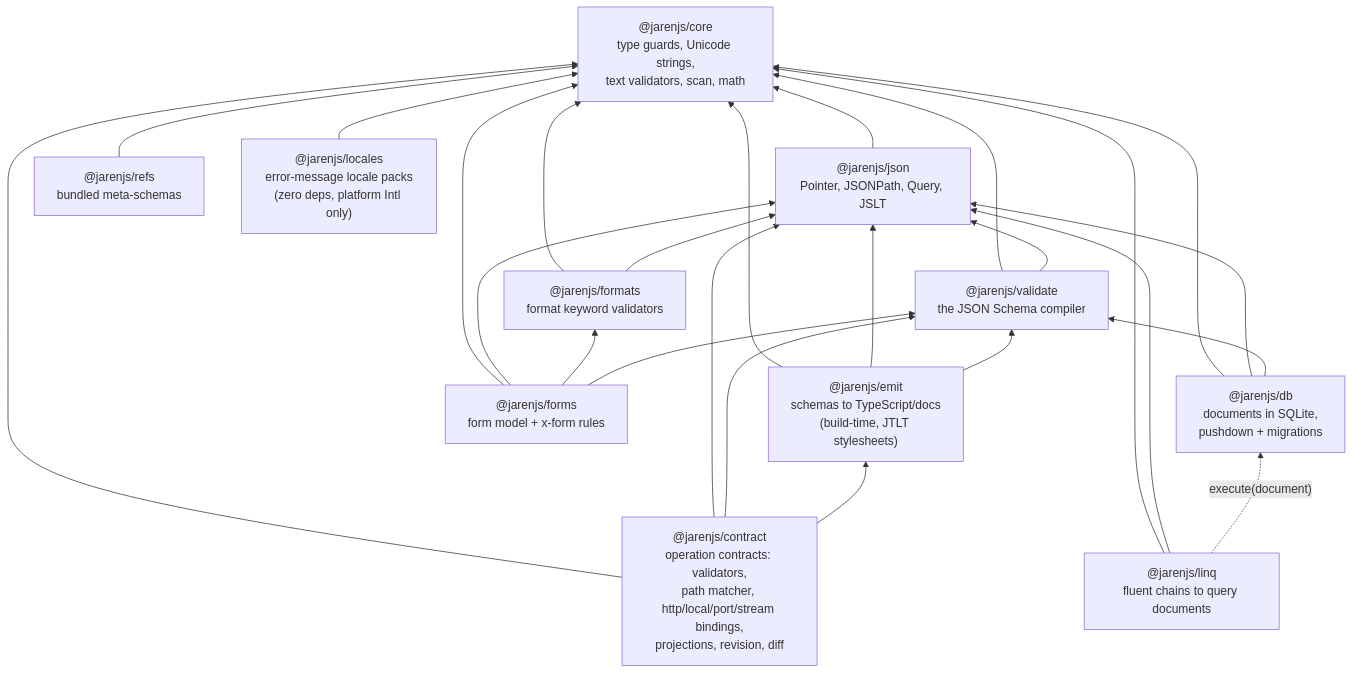
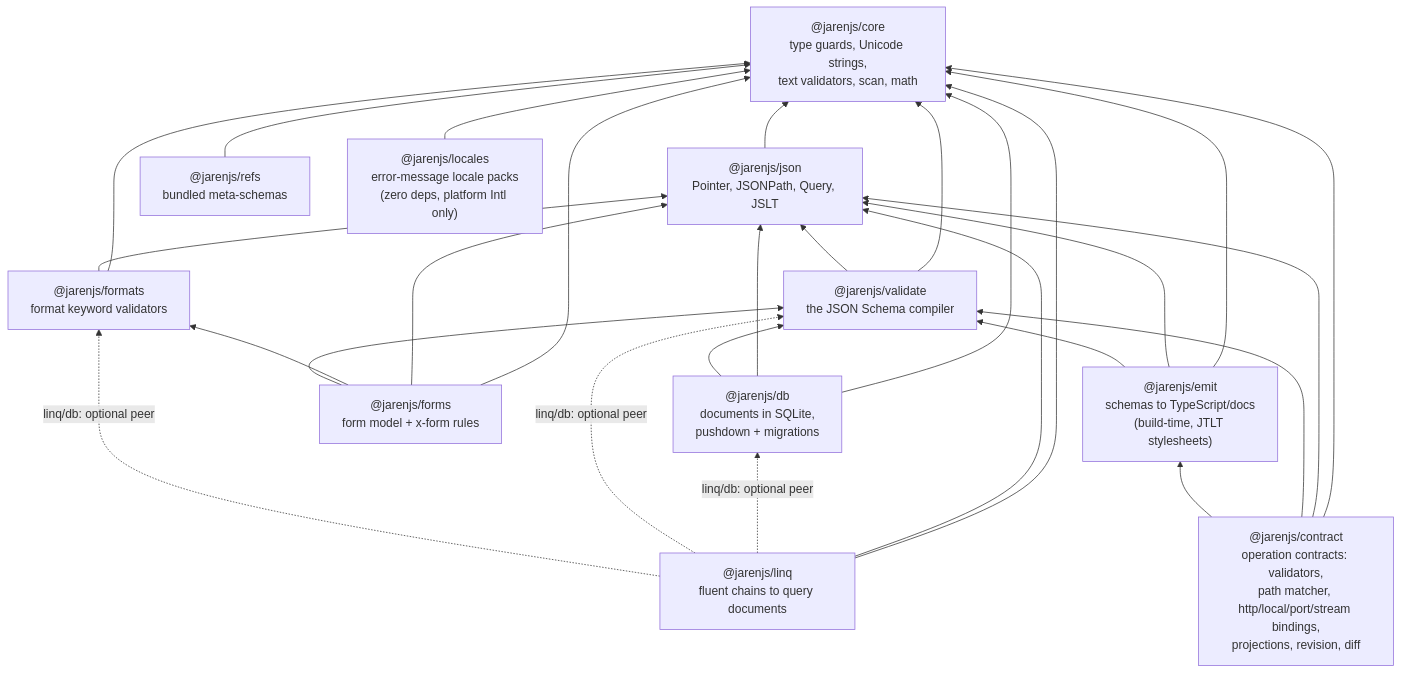
Before and after one commit to jklarenbeek/jarenjs: the first of 2 diagrams in docs/ARCHITECTURE.md, drawn with Mermaid. The commit also changed other lines of this file and 69 other files, not shown here.

Commit message:
A typed client fronts the store over one declared optional-peer edge, with membership through the unit of work and live results from the chain

````diff
--- a/docs/ARCHITECTURE.md
+++ b/docs/ARCHITECTURE.md
@@ -40,39 +40,41 @@
 ```mermaid
 flowchart BT
     CORE["@jarenjs/core<br/>type guards, Unicode strings,<br/>text validators, scan, math"]
     JSON["@jarenjs/json<br/>Pointer, JSONPath, Query, JSLT"]
     VALIDATE["@jarenjs/validate<br/>the JSON Schema compiler"]
     FORMATS["@jarenjs/formats<br/>format keyword validators"]
     REFS["@jarenjs/refs<br/>bundled meta-schemas"]
     EMIT["@jarenjs/emit<br/>schemas to TypeScript/docs<br/>(build-time, JTLT stylesheets)"]
     CONTRACT["@jarenjs/contract<br/>operation contracts: validators,<br/>path matcher, http/local/port/stream bindings,<br/>projections, revision, diff"]
     FORMS["@jarenjs/forms<br/>form model + x-form rules"]
     LOCALES["@jarenjs/locales<br/>error-message locale packs<br/>(zero deps, platform Intl only)"]
     LINQ["@jarenjs/linq<br/>fluent chains to query documents"]
     DB["@jarenjs/db<br/>documents in SQLite,<br/>pushdown + migrations"]
 
     JSON --> CORE
     VALIDATE --> CORE
     VALIDATE --> JSON
     FORMATS --> CORE
     FORMATS --> JSON
     EMIT --> CORE
     EMIT --> JSON
     EMIT --> VALIDATE
     CONTRACT --> CORE
     CONTRACT --> JSON
     CONTRACT --> VALIDATE
     CONTRACT --> EMIT
     FORMS --> CORE
     FORMS --> JSON
     FORMS --> FORMATS
     FORMS --> VALIDATE
     LOCALES --> CORE
     REFS --> CORE
     LINQ --> CORE
     LINQ --> JSON
     DB --> CORE
     DB --> JSON
     DB --> VALIDATE
-    LINQ -. "execute(document)" .-> DB
+    LINQ -. "linq/db: optional peer" .-> DB
+    LINQ -. "linq/db: optional peer" .-> VALIDATE
+    LINQ -. "linq/db: optional peer" .-> FORMATS
 ```
````
